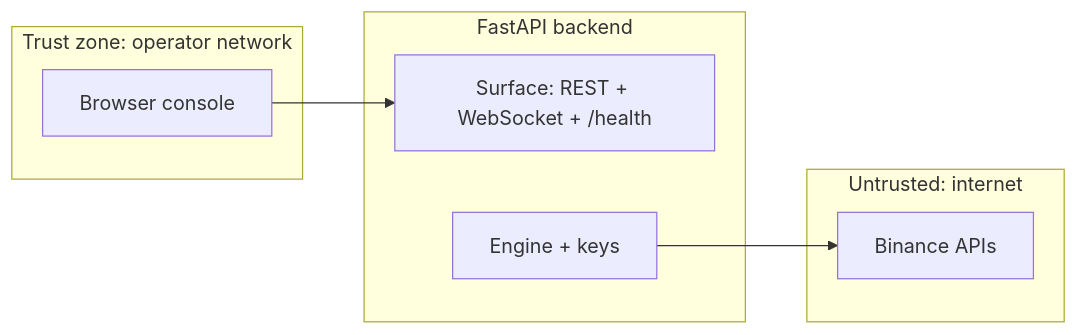
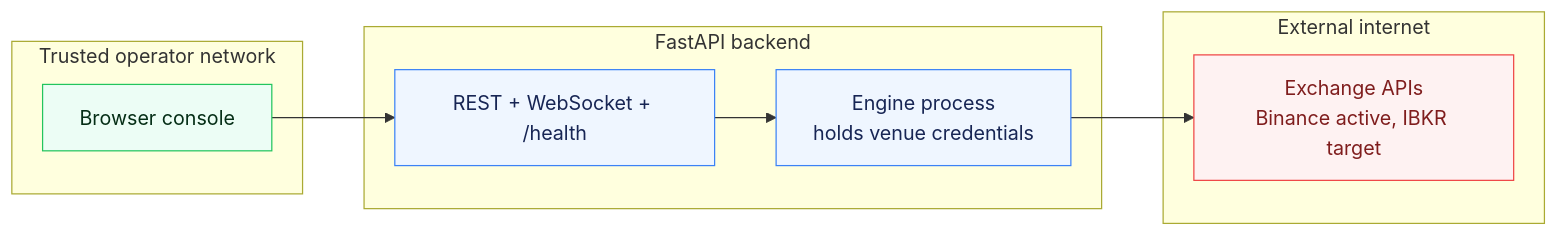
The diagram in docs/SECURITY.md (Zendragon98/algo-trading-hub), drawn with Mermaid before and after one commit. The commit also changed other lines of this file and 13 other files, not shown here.

Commit message:
Polish architecture diagrams

````diff
--- a/docs/SECURITY.md
+++ b/docs/SECURITY.md
@@ -9,15 +9,26 @@
 ```mermaid
 flowchart LR
-  subgraph Trust["Trust zone: operator network"]
-    B[Browser console]
-  end
-  subgraph API["FastAPI backend"]
-    REST["Surface: REST + WebSocket + /health"]
-    ENG[Engine + keys]
-  end
-  subgraph Untrusted["Untrusted: internet"]
-    EX[Binance APIs]
-  end
-  B --> REST
-  ENG --> EX
+    subgraph Operator["Trusted operator network"]
+        BROWSER["Browser console"]
+    end
+
+    subgraph Backend["FastAPI backend"]
+        API["REST + WebSocket + /health"]
+        ENGINE["Engine process<br/>holds venue credentials"]
+        API --> ENGINE
+    end
+
+    subgraph Internet["External internet"]
+        VENUE["Exchange APIs<br/>Binance active, IBKR target"]
+    end
+
+    BROWSER --> API
+    ENGINE --> VENUE
+
+    classDef trusted fill:#ecfdf5,stroke:#22c55e,color:#052e16
+    classDef backend fill:#eff6ff,stroke:#3b82f6,color:#172554
+    classDef external fill:#fef2f2,stroke:#ef4444,color:#7f1d1d
+    class BROWSER trusted
+    class API,ENGINE backend
+    class VENUE external
 ```
````
